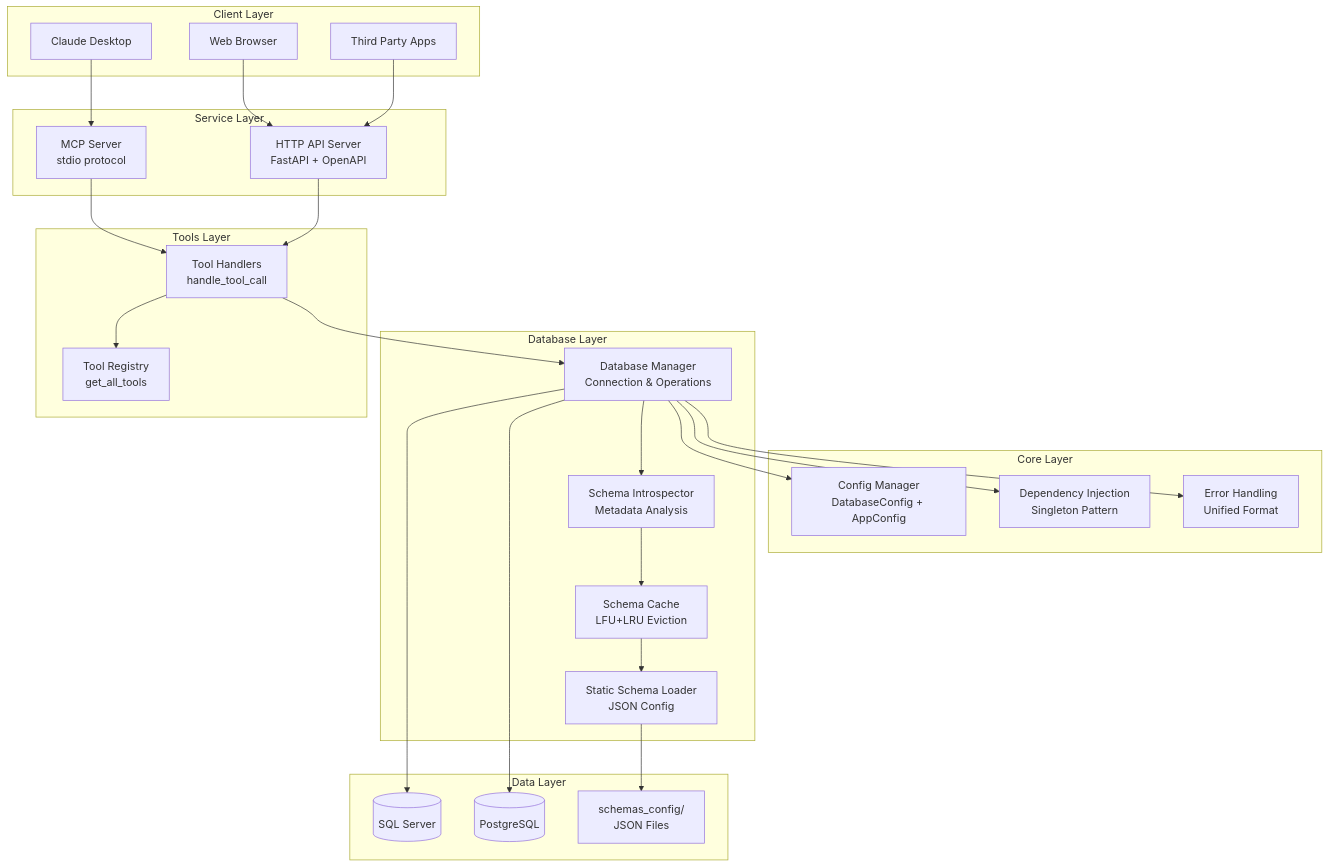
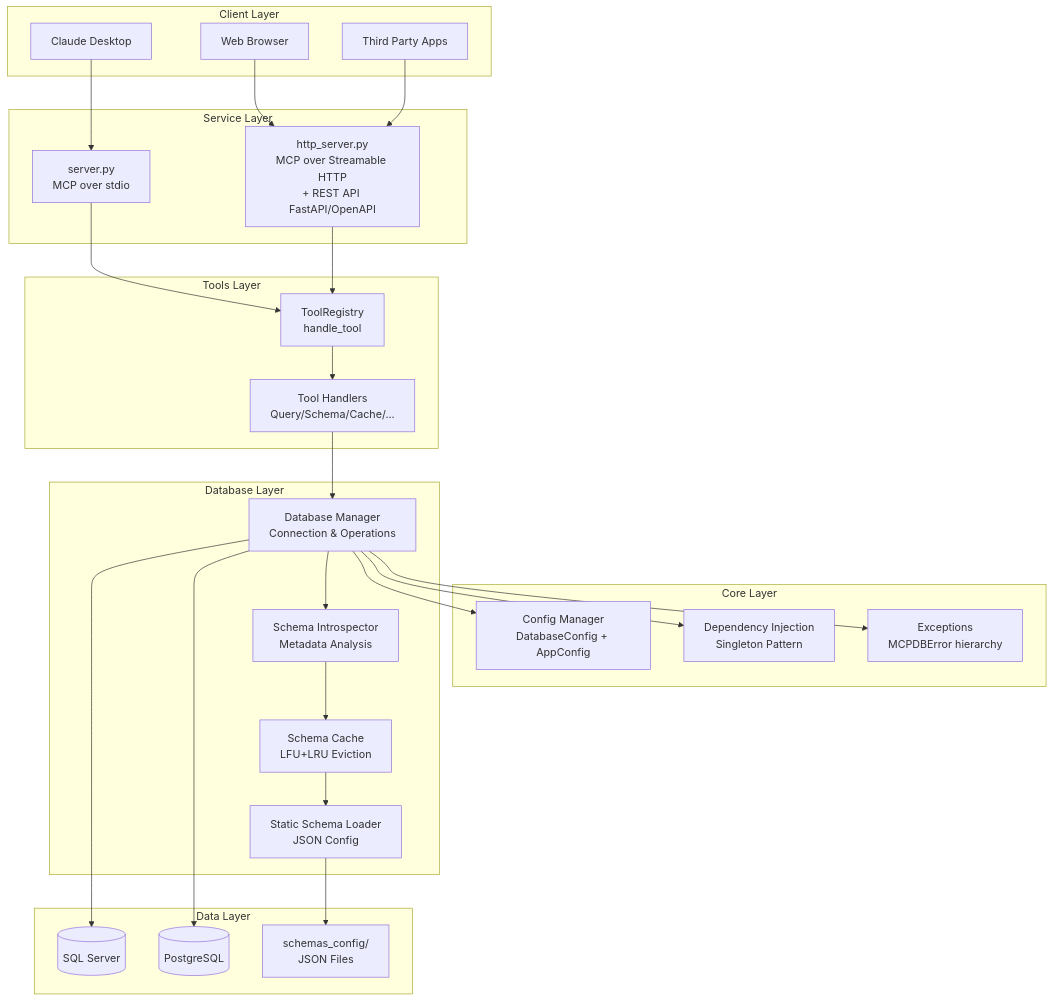
Before and after one commit to Bright0505/mcp-db: the first of 4 diagrams in docs/architecture.md, drawn with Mermaid. The commit also changed other lines of this file and 3 other files, not shown here.

First line of the commit message:
docs: 更新文件以反映 Streamable HTTP 與死碼收斂後的實際架構

````diff
--- a/docs/architecture.md
+++ b/docs/architecture.md
@@ -7,59 +7,59 @@
 ```mermaid
 graph TB
     subgraph "Client Layer"
         CD[Claude Desktop]
         WEB[Web Browser]
         API[Third Party Apps]
     end
 
     subgraph "Service Layer"
-        MCP[MCP Server<br/>stdio protocol]
-        HTTP[HTTP API Server<br/>FastAPI + OpenAPI]
+        MCP[server.py<br/>MCP over stdio]
+        HTTP[http_server.py<br/>MCP over Streamable HTTP<br/>+ REST API FastAPI/OpenAPI]
     end
 
     subgraph "Core Layer"
         CONFIG[Config Manager<br/>DatabaseConfig + AppConfig]
         DI[Dependency Injection<br/>Singleton Pattern]
-        ERROR[Error Handling<br/>Unified Format]
+        EXC[Exceptions<br/>MCPDBError hierarchy]
     end
 
     subgraph "Database Layer"
         DBM[Database Manager<br/>Connection & Operations]
         SCHEMA_CACHE[Schema Cache<br/>LFU+LRU Eviction]
         SCHEMA_INTRO[Schema Introspector<br/>Metadata Analysis]
         SCHEMA_LOADER[Static Schema Loader<br/>JSON Config]
     end
 
     subgraph "Tools Layer"
-        REGISTRY[Tool Registry<br/>get_all_tools]
-        HANDLERS[Tool Handlers<br/>handle_tool_call]
+        REGISTRY[ToolRegistry<br/>handle_tool]
+        HANDLERS[Tool Handlers<br/>Query/Schema/Cache/...]
     end
 
     subgraph "Data Layer"
         SQLSRV[(SQL Server)]
         POSTGRES[(PostgreSQL)]
         CONFIG_JSON[schemas_config/<br/>JSON Files]
     end
 
     CD --> MCP
     WEB --> HTTP
     API --> HTTP
 
-    MCP --> HANDLERS
-    HTTP --> HANDLERS
+    MCP --> REGISTRY
+    HTTP --> REGISTRY
 
-    HANDLERS --> REGISTRY
+    REGISTRY --> HANDLERS
     HANDLERS --> DBM
 
     DBM --> CONFIG
     DBM --> DI
-    DBM --> ERROR
+    DBM --> EXC
 
     DBM --> SCHEMA_INTRO
     SCHEMA_INTRO --> SCHEMA_CACHE
     SCHEMA_CACHE --> SCHEMA_LOADER
 
     SCHEMA_LOADER --> CONFIG_JSON
     DBM --> SQLSRV
     DBM --> POSTGRES
 ```
````
